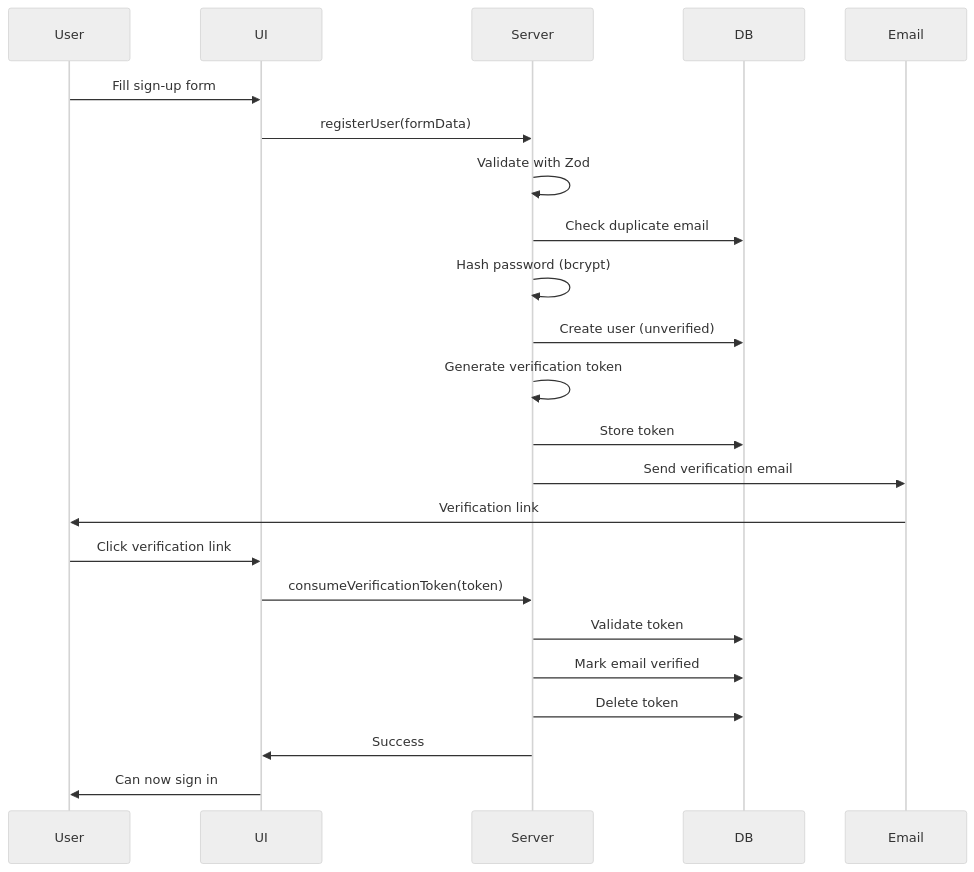
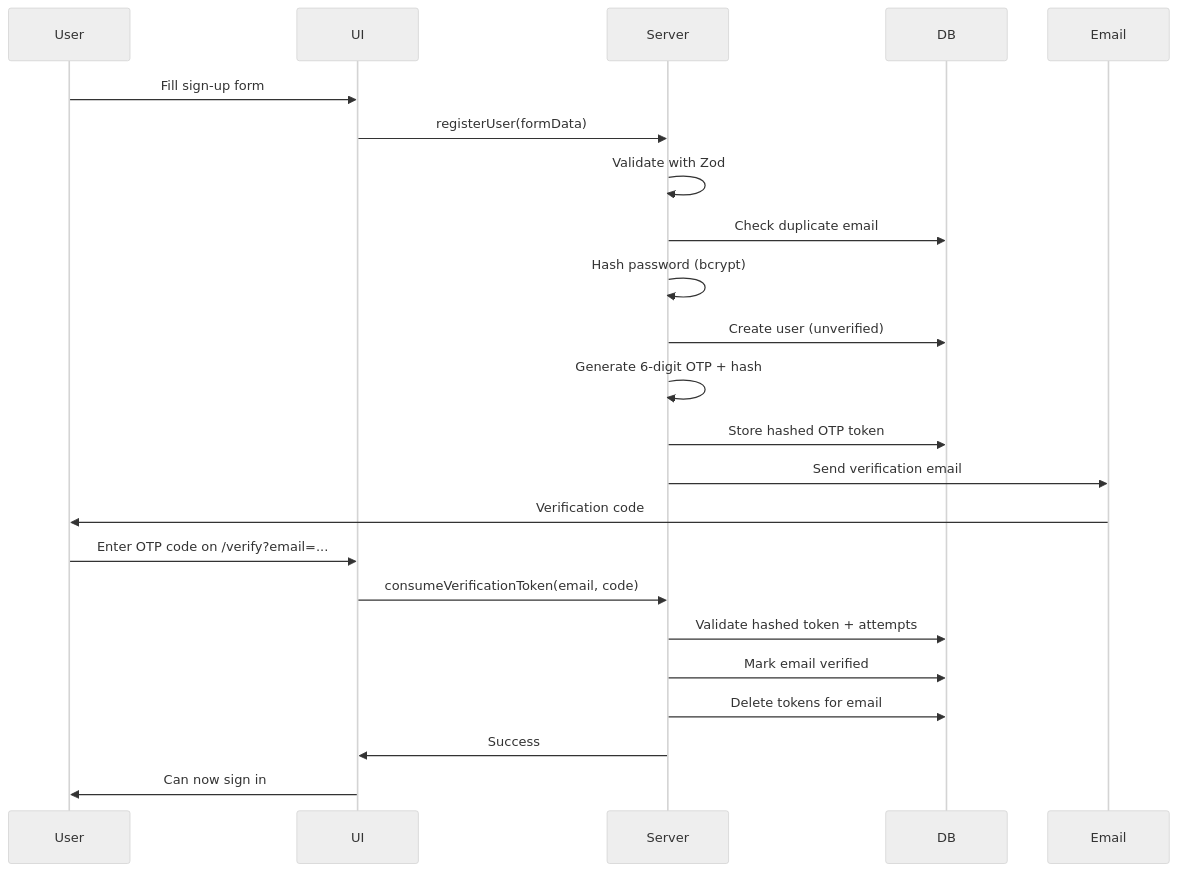
The second of 15 diagrams in docs/ARCHITECTURE.md (manumu-studio/auth-manumu-studio), drawn with Mermaid (neutral theme) before and after one commit. The commit also changed other lines of this file and 29 other files, not shown here.

First line of the commit message:
feat(auth): replace email verification link with 6-digit OTP code

````diff
--- a/docs/ARCHITECTURE.md
+++ b/docs/ARCHITECTURE.md
@@ -50,26 +50,26 @@
 ```mermaid
 sequenceDiagram
     participant User
     participant UI
     participant Server
     participant DB
     participant Email
 
     User->>UI: Fill sign-up form
     UI->>Server: registerUser(formData)
     Server->>Server: Validate with Zod
     Server->>DB: Check duplicate email
     Server->>Server: Hash password (bcrypt)
     Server->>DB: Create user (unverified)
-    Server->>Server: Generate verification token
-    Server->>DB: Store token
+    Server->>Server: Generate 6-digit OTP + hash
+    Server->>DB: Store hashed OTP token
     Server->>Email: Send verification email
-    Email->>User: Verification link
-    User->>UI: Click verification link
-    UI->>Server: consumeVerificationToken(token)
-    Server->>DB: Validate token
+    Email->>User: Verification code
+    User->>UI: Enter OTP code on /verify?email=...
+    UI->>Server: consumeVerificationToken(email, code)
+    Server->>DB: Validate hashed token + attempts
     Server->>DB: Mark email verified
-    Server->>DB: Delete token
+    Server->>DB: Delete tokens for email
     Server->>UI: Success
     UI->>User: Can now sign in
 ```
````
